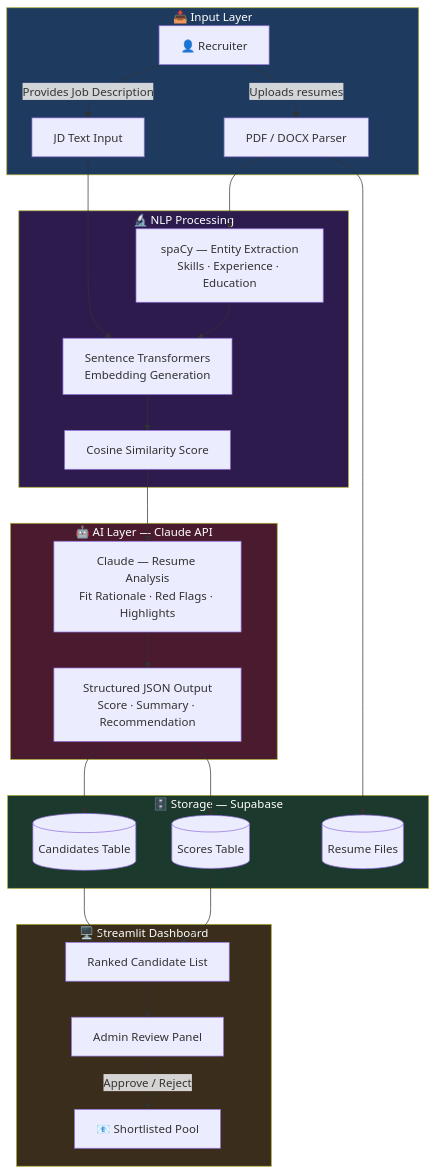
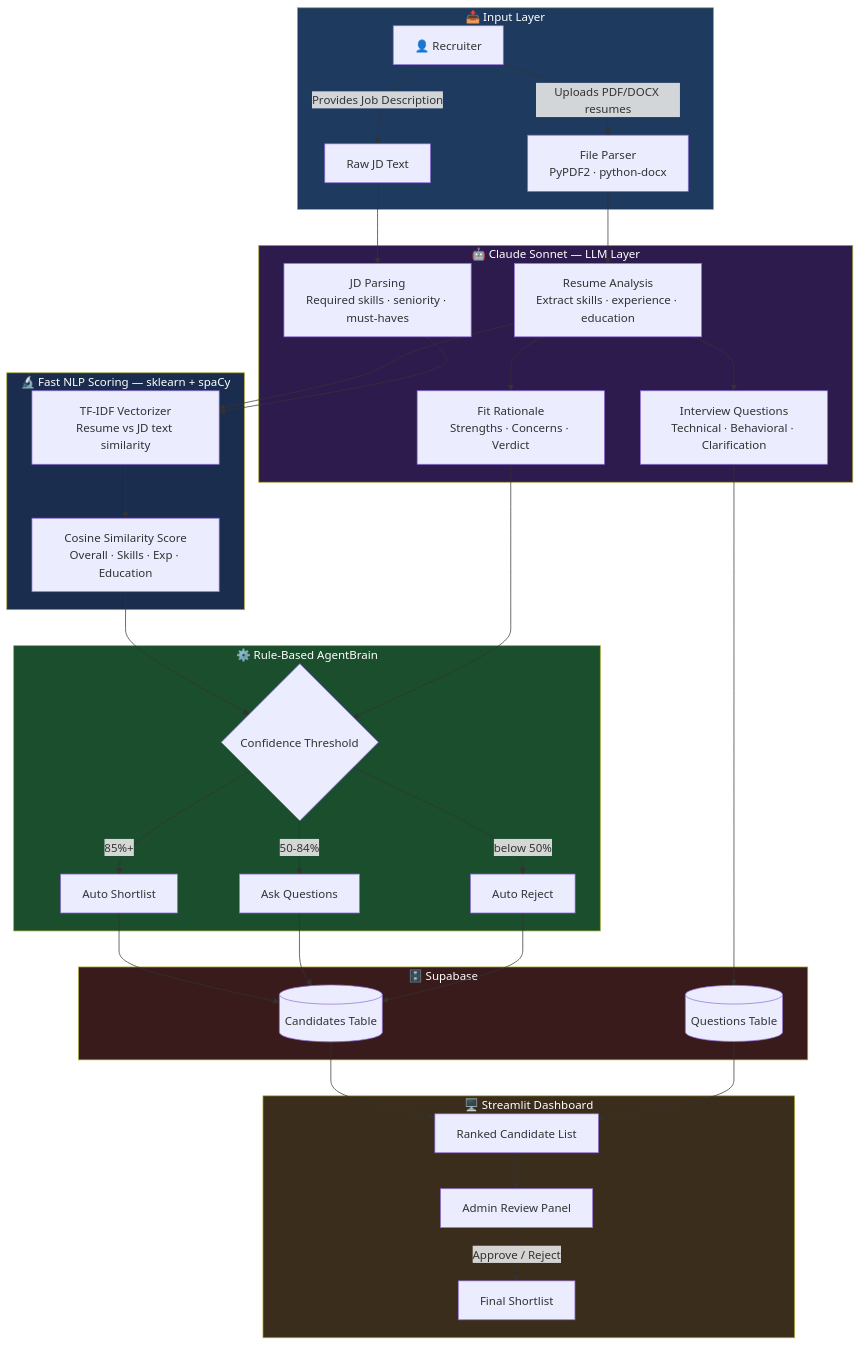
One commit to TiKkU12345/Resume-Ai-System- changed the first of 2 diagrams in README.md. Above: the diagram before and after it, drawn with Mermaid. The commit also changed other lines of this file, not shown here.

````diff
--- a/README.md
+++ b/README.md
@@ -50,38 +54,49 @@
 ```mermaid
 graph TB
     subgraph INPUT["📥 Input Layer"]
-        A[👤 Recruiter] -->|Uploads resumes| B[PDF / DOCX Parser]
-        A -->|Provides Job Description| C[JD Text Input]
+        A[👤 Recruiter] -->|Uploads PDF/DOCX resumes| B[File Parser\nPyPDF2 · python-docx]
+        A -->|Provides Job Description| C[Raw JD Text]
     end
 
-    subgraph NLP["🔬 NLP Processing"]
-        B --> D[spaCy — Entity Extraction\nSkills · Experience · Education]
-        C --> E[Sentence Transformers\nEmbedding Generation]
-        D --> E
-        E --> F[Cosine Similarity Score]
+    subgraph CLAUDE["🤖 Claude Sonnet — LLM Layer"]
+        B --> D[Resume Analysis\nExtract skills · experience · education]
+        C --> E[JD Parsing\nRequired skills · seniority · must-haves]
+        D --> F[Fit Rationale\nStrengths · Concerns · Verdict]
+        D --> G[Interview Questions\nTechnical · Behavioral · Clarification]
     end
 
-    subgraph AI["🤖 AI Layer — Claude API"]
-        F --> G[Claude — Resume Analysis\nFit Rationale · Red Flags · Highlights]
-        G --> H[Structured JSON Output\nScore · Summary · Recommendation]
+    subgraph NLP["🔬 Fast NLP Scoring — sklearn + spaCy"]
+        D --> H[TF-IDF Vectorizer\nResume vs JD text similarity]
+        E --> H
+        H --> I[Cosine Similarity Score\nOverall · Skills · Exp · Education]
     end
 
-    subgraph STORAGE["🗄️ Storage — Supabase"]
-        H --> I[(Candidates Table)]
-        H --> J[(Scores Table)]
-        B --> K[(Resume Files)]
+    subgraph AGENT["⚙️ Rule-Based AgentBrain"]
+        I --> J{Confidence Threshold}
+        F --> J
+        J -->|85%+| K[Auto Shortlist]
+        J -->|50-84%| L[Ask Questions]
+        J -->|below 50%| M[Auto Reject]
+    end
+
+    subgraph STORAGE["🗄️ Supabase"]
+        K --> N[(Candidates Table)]
+        L --> N
+        M --> N
+        G --> O[(Questions Table)]
     end
 
     subgraph UI["🖥️ Streamlit Dashboard"]
-        I --> L[Ranked Candidate List]
-        J --> L
-        L --> M[Admin Review Panel]
-        M -->|Approve / Reject| N[📧 Shortlisted Pool]
+        N --> P[Ranked Candidate List]
+        O --> P
+        P --> Q[Admin Review Panel]
+        Q -->|Approve / Reject| R[Final Shortlist]
     end
 
+    style CLAUDE fill:#2d1b4e,color:#fff
+    style NLP fill:#1b2d4e,color:#fff
+    style AGENT fill:#1b4e2d,color:#fff
     style INPUT fill:#1e3a5f,color:#fff
-    style NLP fill:#2d1b4e,color:#fff
-    style AI fill:#4a1b2e,color:#fff
-    style STORAGE fill:#1b3a2d,color:#fff
+    style STORAGE fill:#3a1b1b,color:#fff
     style UI fill:#3a2d1b,color:#fff
 ```
````
